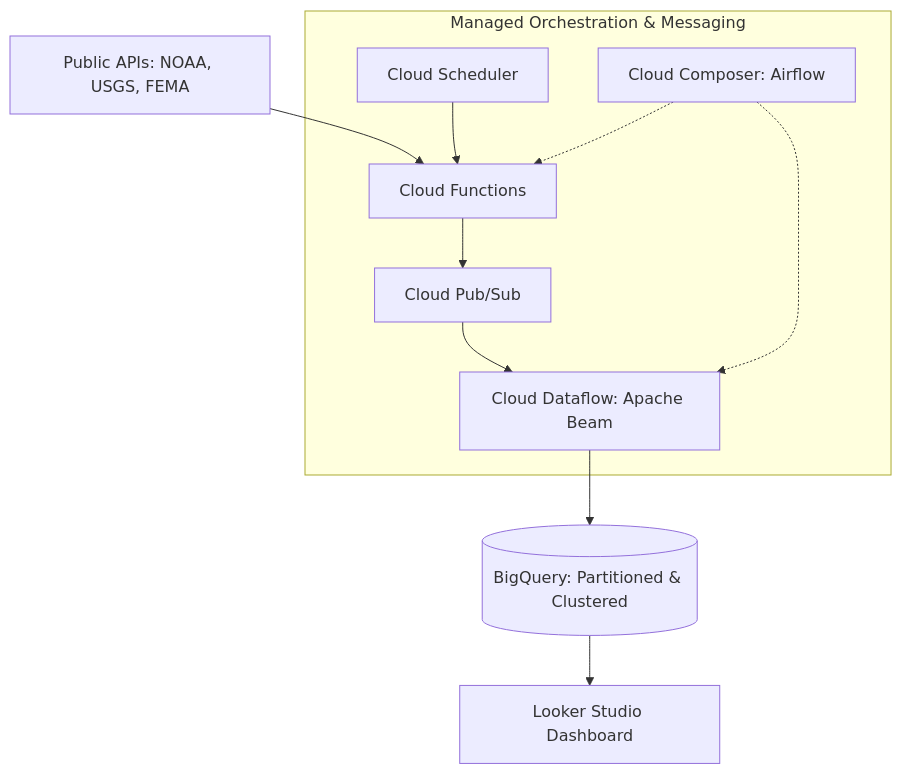
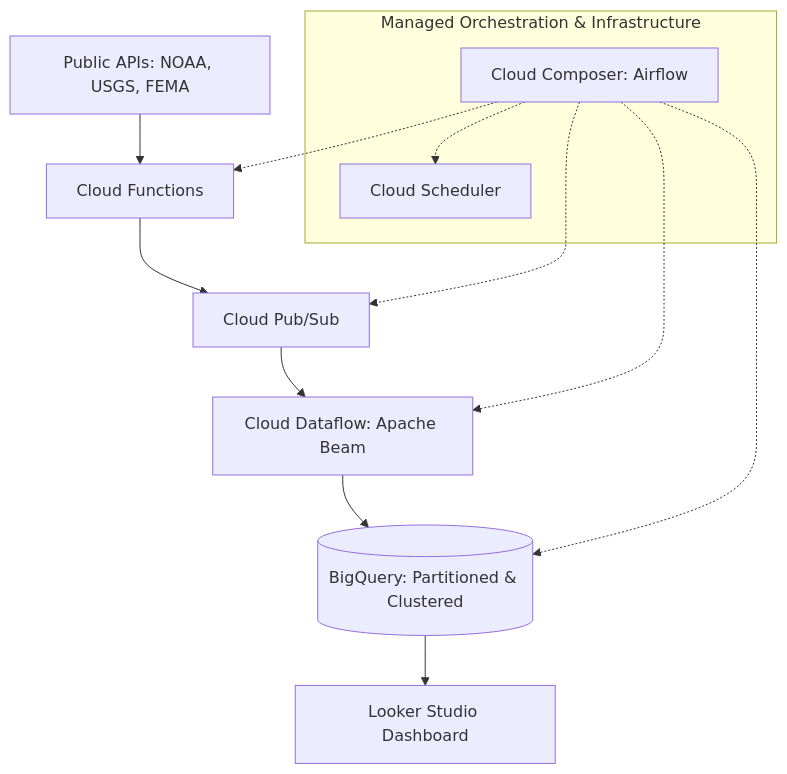
Before and after one commit to Raviteja-bh/gcp-hands-on-projects: the diagram in cat-risk-pipeline/README.md, drawn with Mermaid.

Commit message:
Update README with project overview and details

````diff
--- a/cat-risk-pipeline/README.md
+++ b/cat-risk-pipeline/README.md
@@ -15,15 +15,20 @@
 ```mermaid
 graph TD
     A[Public APIs: NOAA, USGS, FEMA] --> B[Cloud Functions]
     B --> C[Cloud Pub/Sub]
     C --> D[Cloud Dataflow: Apache Beam]
     D --> E[(BigQuery: Partitioned & Clustered)]
     E --> F[Looker Studio Dashboard]
     
-    subgraph Orchestration [Managed Orchestration & Messaging]
-    S[Cloud Scheduler] --> B
-    G[Cloud Composer: Airflow] -.-> B
+    subgraph Orchestration [Managed Orchestration & Infrastructure]
+    S[Cloud Scheduler]
+    G[Cloud Composer: Airflow]
+    end
+
+    %% Orchestration Connections
+    G -.-> S
+    G -.-> B
+    G -.-> C
     G -.-> D
-    C
-    end
+    G -.-> E
 ```
````
